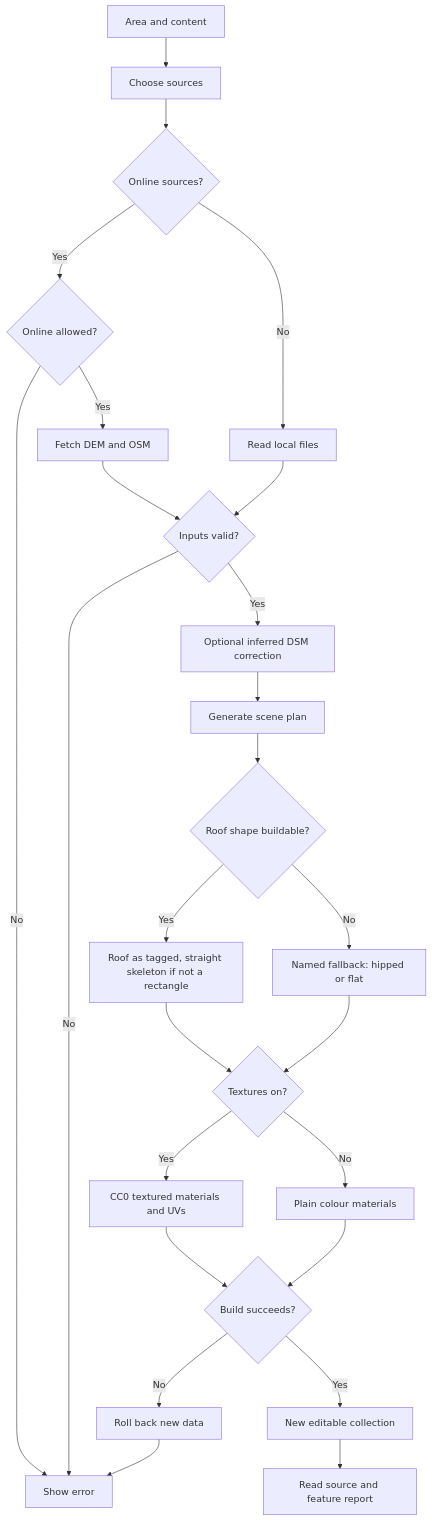
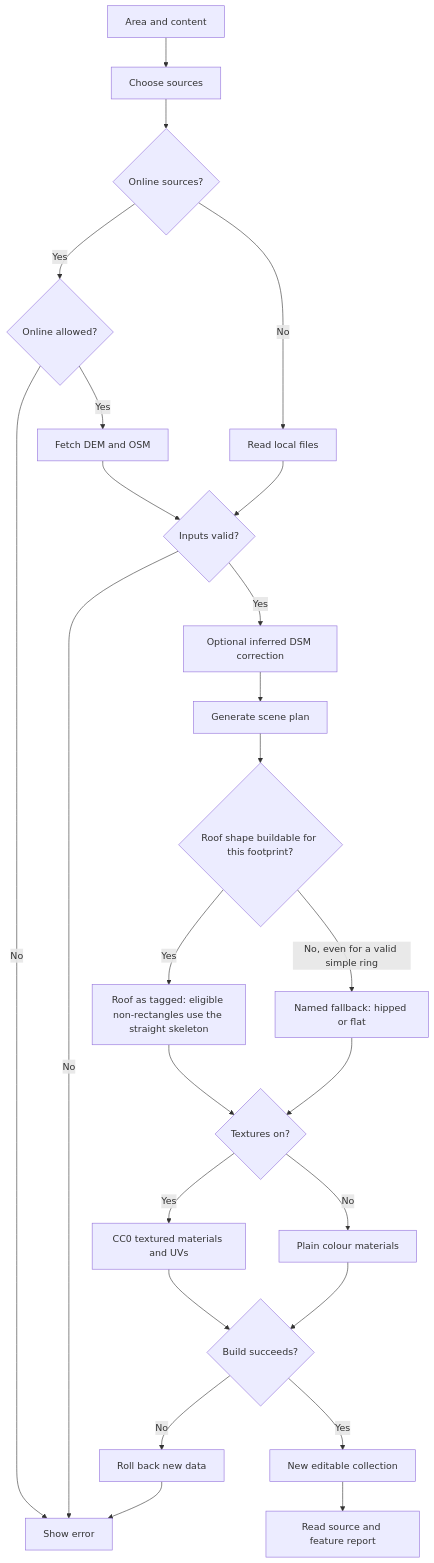
Before and after one commit to lingshf/map-builder: the diagram in docs/flows/generate.md, drawn with Mermaid. The commit also changed 5 other files, not shown here.

Commit message:
REL-v0.4.0 RC: review round 1 doc fixes (texture baseline, toggle scope, fallback UVs, D84 roof scope)

````diff
--- a/docs/flows/generate.md
+++ b/docs/flows/generate.md
@@ -11,27 +11,27 @@
 ```mermaid
 flowchart TD
   A[Area and content] --> B[Choose sources]
   B --> C{Online sources?}
   C -->|Yes| D{Online allowed?}
   D -->|No| E[Show error]
   D -->|Yes| F[Fetch DEM and OSM]
   C -->|No| G[Read local files]
   F --> H{Inputs valid?}
   G --> H
   H -->|No| E
   H -->|Yes| N[Optional inferred DSM correction]
   N --> I[Generate scene plan]
-  I --> R{Roof shape buildable?}
-  R -->|Yes| S[Roof as tagged, straight skeleton if not a rectangle]
-  R -->|No| U[Named fallback: hipped or flat]
+  I --> R{Roof shape buildable for this footprint?}
+  R -->|Yes| S[Roof as tagged: eligible non-rectangles use the straight skeleton]
+  R -->|No, even for a valid simple ring| U[Named fallback: hipped or flat]
   S --> V{Textures on?}
   U --> V
   V -->|Yes| W[CC0 textured materials and UVs]
   V -->|No| X[Plain colour materials]
   W --> J{Build succeeds?}
   X --> J
   J -->|No| K[Roll back new data]
   K --> E
   J -->|Yes| L[New editable collection]
   L --> M[Read source and feature report]
 ```
````
